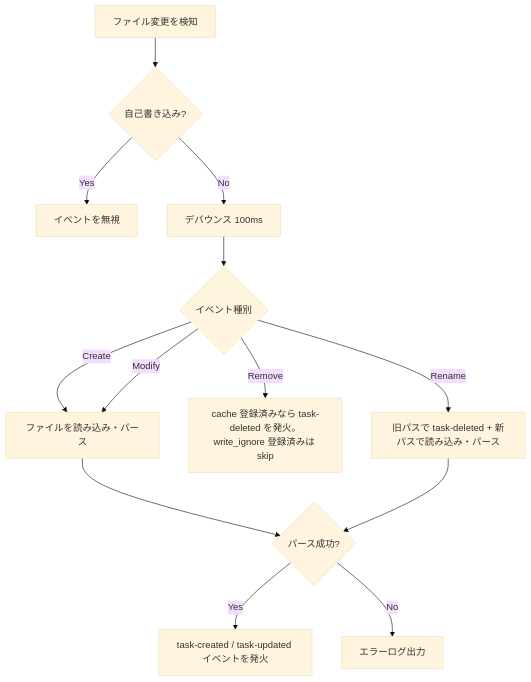
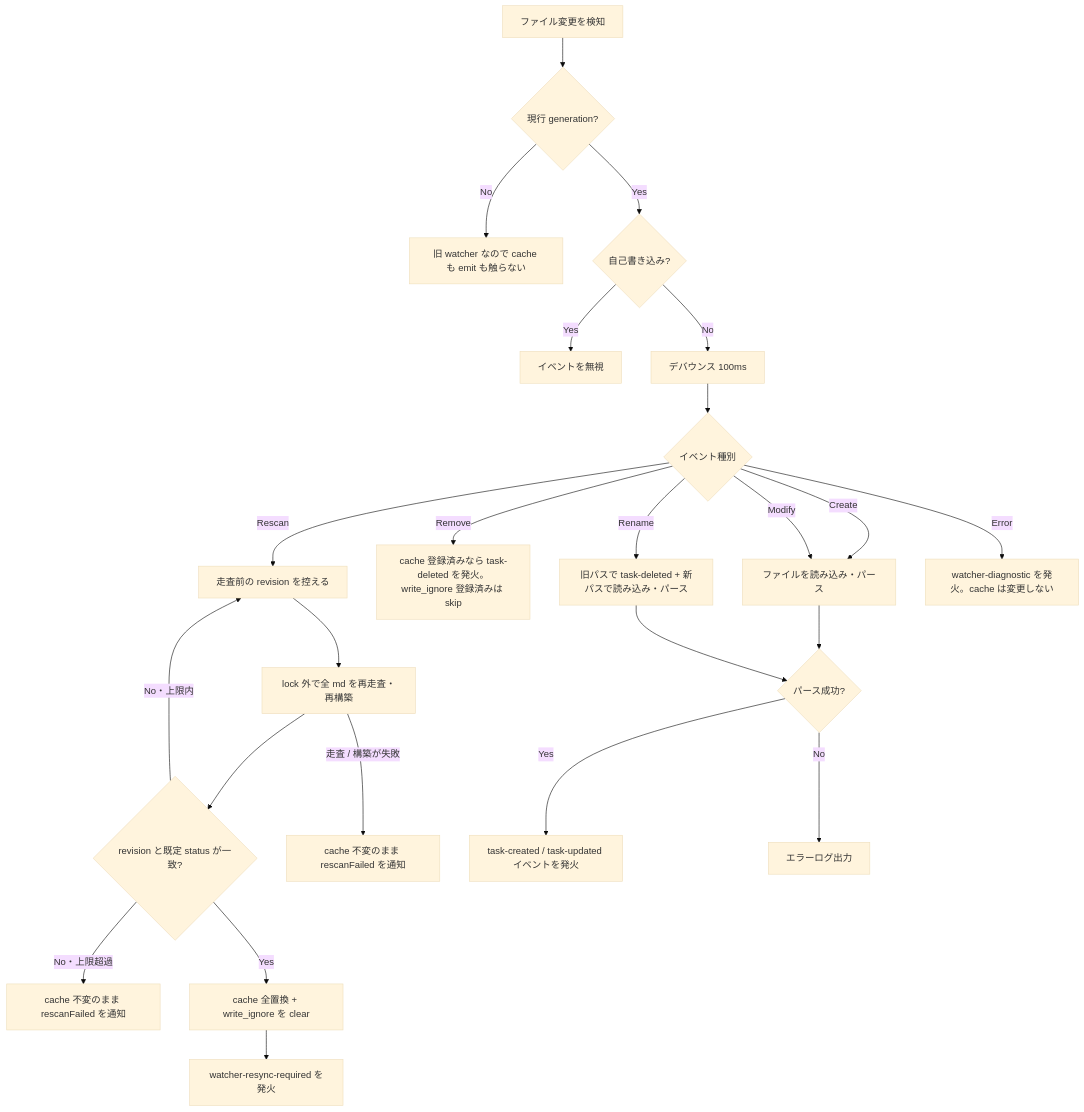
One commit to DIO0550/spec-board changed the diagram in docs/spec-board/file-system-spec.md. Above: the diagram before and after it, drawn with Mermaid (base theme). The commit also changed other lines of this file and 111 other files, not shown here.

First line of the commit message:
✨ [New Feature]: #461 watcher event に project revision を付け Rescan recovery を実装する (#492)

````diff
--- a/docs/spec-board/file-system-spec.md
+++ b/docs/spec-board/file-system-spec.md
@@ -360,15 +422,26 @@
 ```mermaid
 flowchart TD
-    A[ファイル変更を検知] --> A1{自己書き込み?}
+    A[ファイル変更を検知] --> G0{現行 generation?}
+    G0 -->|No| G1[旧 watcher なので cache も emit も触らない]
+    G0 -->|Yes| A1{自己書き込み?}
     A1 -->|Yes| A2[イベントを無視]
     A1 -->|No| B[デバウンス 100ms]
     B --> C{イベント種別}
     C -->|Create| D[ファイルを読み込み・パース]
     C -->|Modify| D
     C -->|Remove| E[cache 登録済みなら task-deleted を発火。write_ignore 登録済みは skip]
     C -->|Rename| R[旧パスで task-deleted + 新パスで読み込み・パース]
+    C -->|Rescan| S0[走査前の revision を控える]
+    C -->|Error| X[watcher-diagnostic を発火。cache は変更しない]
+    S0 --> S1[lock 外で全 md を再走査・再構築]
+    S1 --> S2{revision と既定 status が一致?}
+    S2 -->|No・上限内| S0
+    S2 -->|No・上限超過| S6[cache 不変のまま rescanFailed を通知]
+    S2 -->|Yes| S3[cache 全置換 + write_ignore を clear]
+    S3 --> S4[watcher-resync-required を発火]
+    S1 -->|走査 / 構築が失敗| S5[cache 不変のまま rescanFailed を通知]
     D --> F{パース成功?}
     R --> F
     F -->|Yes| G[task-created / task-updated イベントを発火]
     F -->|No| H[エラーログ出力]
 ```
````
